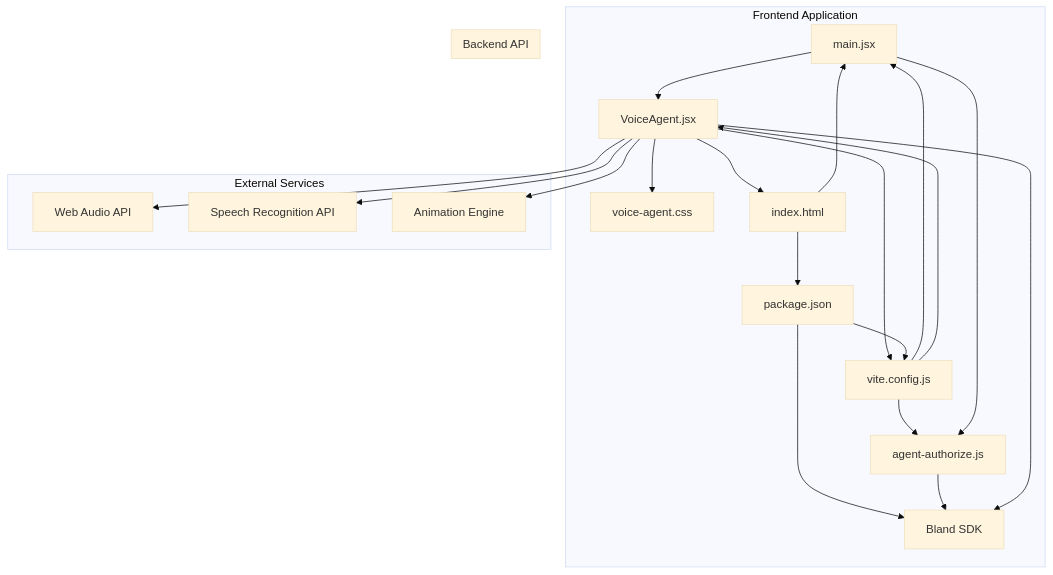
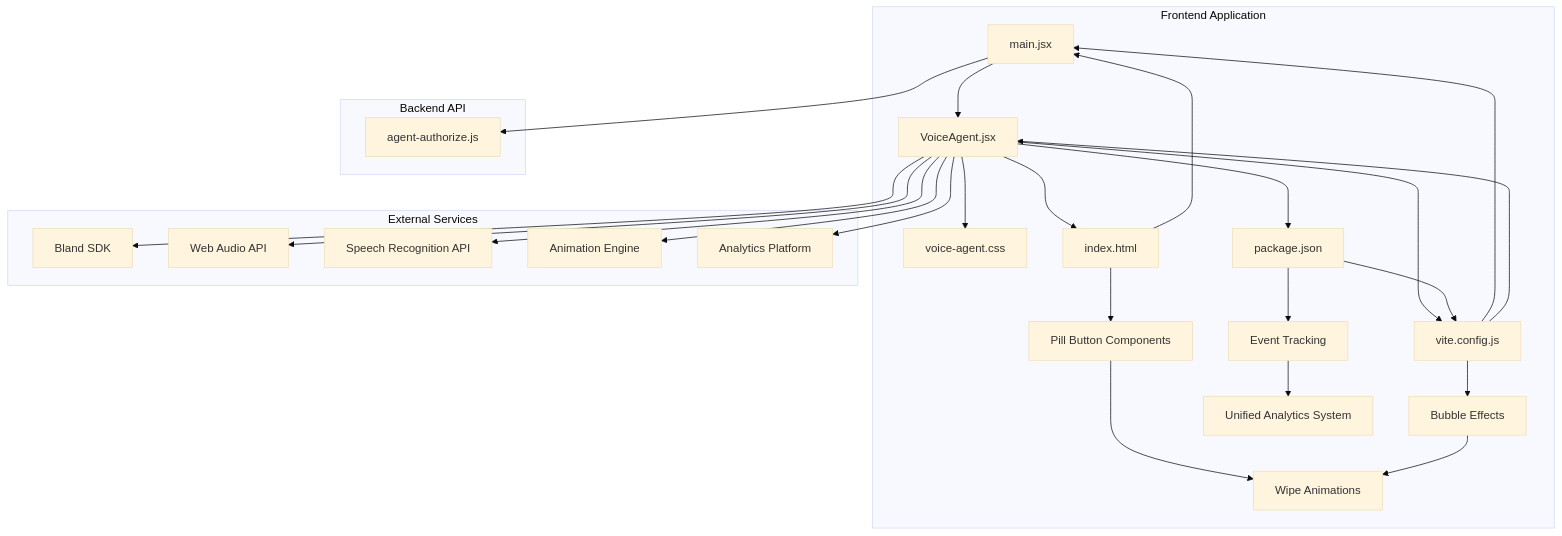
One commit to Theja4/podiummomentum changed the first of 9 diagrams in .qoder/repowiki/en/content/Component Architecture/Core Components/Voice AI Agent Demo.md. Above: the diagram before and after it, drawn with Mermaid (base theme). The commit also changed other lines of this file and 48 other files, not shown here.

````diff
--- a/.qoder/repowiki/en/content/Component Architecture/Core Components/Voice AI Agent Demo.md
+++ b/.qoder/repowiki/en/content/Component Architecture/Core Components/Voice AI Agent Demo.md
@@ -45,31 +48,36 @@
 ```mermaid
 graph TB
 subgraph "Frontend Application"
 A[main.jsx] --> B[VoiceAgent.jsx]
 B --> C[voice-agent.css]
 B --> D[button-system.css]
 B --> E[button-bubble.css]
-D --> F[Pill Button Components]
-E --> G[Bubble Effects]
-F --> H[Wipe Animations]
-G --> H
+B --> F[analytics.js]
+D --> G[Pill Button Components]
+E --> H[Bubble Effects]
+F --> I[Event Tracking]
+G --> J[Wipe Animations]
+H --> J
+I --> K[Unified Analytics System]
 D[index.html] --> A
 E[vite.config.js] --> A
 F[package.json] --> E
 end
 subgraph "Backend API"
-G[agent-authorize.js]
+L[agent-authorize.js]
 end
 subgraph "External Services"
-H[Bland SDK]
-I[Web Audio API]
-J[Speech Recognition API]
-K[Animation Engine]
+M[Bland SDK]
+N[Web Audio API]
+O[Speech Recognition API]
+P[Animation Engine]
+Q[Analytics Platform]
 end
-A --> G
-B --> H
-B --> I
-B --> J
-B --> K
+A --> L
+B --> M
+B --> N
+B --> O
+B --> P
+B --> Q
 E --> B
 ```
````
